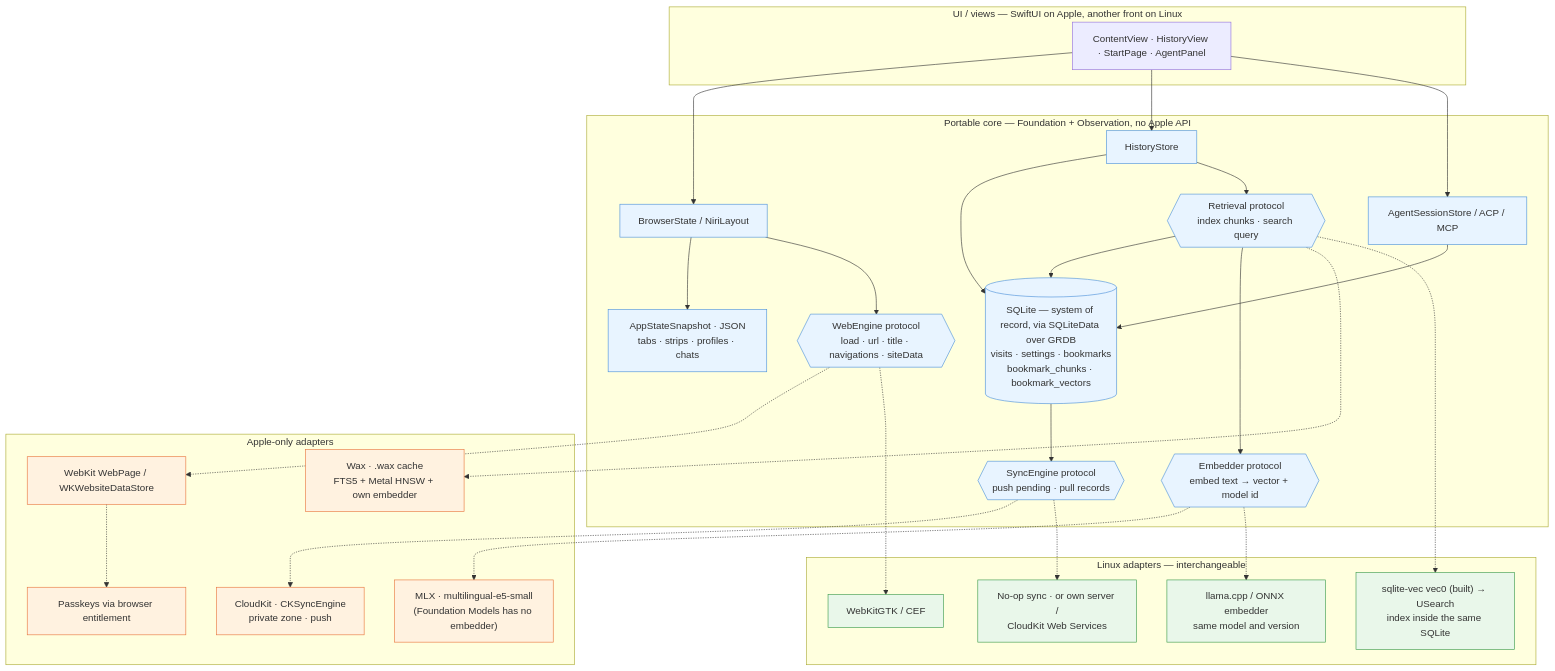
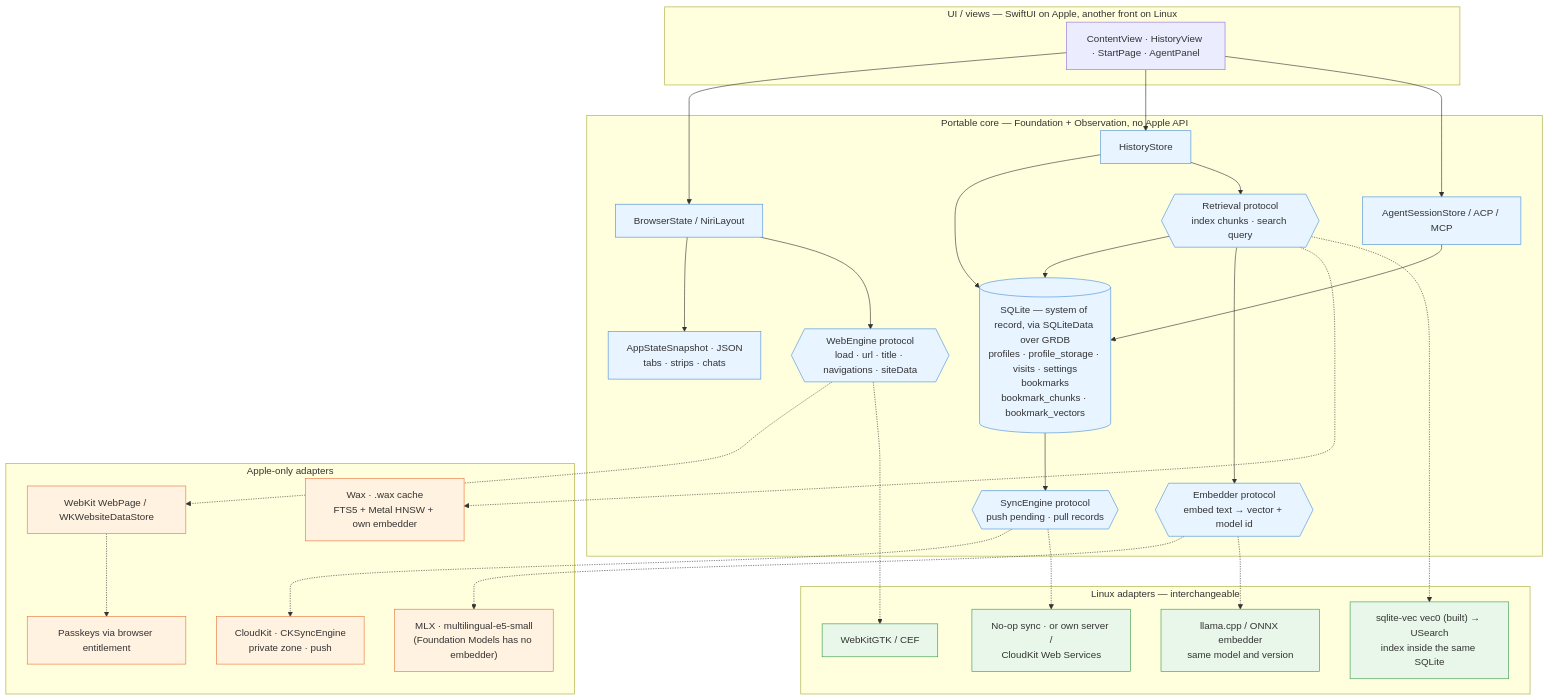
The diagram in docs/storage.md (artipop/six), drawn with Mermaid before and after one commit. The commit also changed 11 other files, not shown here.

````diff
--- a/docs/storage.md
+++ b/docs/storage.md
@@ -7,75 +7,76 @@
 ```mermaid
 flowchart TB
     subgraph UI["UI / views — SwiftUI on Apple, another front on Linux"]
         Views["ContentView · HistoryView · StartPage · AgentPanel"]
     end
 
     subgraph Core["Portable core — Foundation + Observation, no Apple API"]
         BS["BrowserState / NiriLayout"]
         HS["HistoryStore"]
         AS["AgentSessionStore / ACP / MCP"]
         Snap["AppStateSnapshot · JSON
-tabs · strips · profiles · chats"]
+tabs · strips · chats"]
         DB[("SQLite — system of record, via SQLiteData over GRDB
-visits · settings · bookmarks
+profiles · profile_storage · visits · settings
+bookmarks
 bookmark_chunks · bookmark_vectors")]
         RET{{"Retrieval protocol
 index chunks · search query"}}
         EMB{{"Embedder protocol
 embed text → vector + model id"}}
         SYNC{{"SyncEngine protocol
 push pending · pull records"}}
         WEB{{"WebEngine protocol
 load · url · title · navigations · siteData"}}
     end
 
     subgraph Apple["Apple-only adapters"]
         WK["WebKit WebPage / WKWebsiteDataStore"]
         FM["MLX · multilingual-e5-small
 (Foundation Models has no embedder)"]
         WAX["Wax · .wax cache
 FTS5 + Metal HNSW + own embedder"]
         CK["CloudKit · CKSyncEngine
 private zone · push"]
         PK["Passkeys via browser entitlement"]
     end
 
     subgraph Linux["Linux adapters — interchangeable"]
         WKGTK["WebKitGTK / CEF"]
         LEMB["llama.cpp / ONNX embedder
 same model and version"]
         VEC["sqlite-vec vec0 (built) → USearch
 index inside the same SQLite"]
         NOSYNC["No-op sync · or own server /
 CloudKit Web Services"]
     end
 
     Views --> BS
     Views --> HS
     Views --> AS
     BS --> Snap
     BS --> WEB
     HS --> DB
     AS --> DB
     HS --> RET
     RET --> DB
     RET --> EMB
     DB --> SYNC
 
     WEB -.-> WK
     WEB -.-> WKGTK
     EMB -.-> FM
     EMB -.-> LEMB
     RET -.-> WAX
     RET -.-> VEC
     SYNC -.-> CK
     SYNC -.-> NOSYNC
     WK -.-> PK
 
     classDef port fill:#e8f4ff,stroke:#4a90d9
     classDef apple fill:#fff2e0,stroke:#e8743b
     classDef linux fill:#e9f7ea,stroke:#3a9a4a
     class Snap,DB,RET,EMB,SYNC,WEB,BS,HS,AS port
     class WK,FM,WAX,CK,PK apple
     class WKGTK,LEMB,VEC,NOSYNC linux
 ```
````
